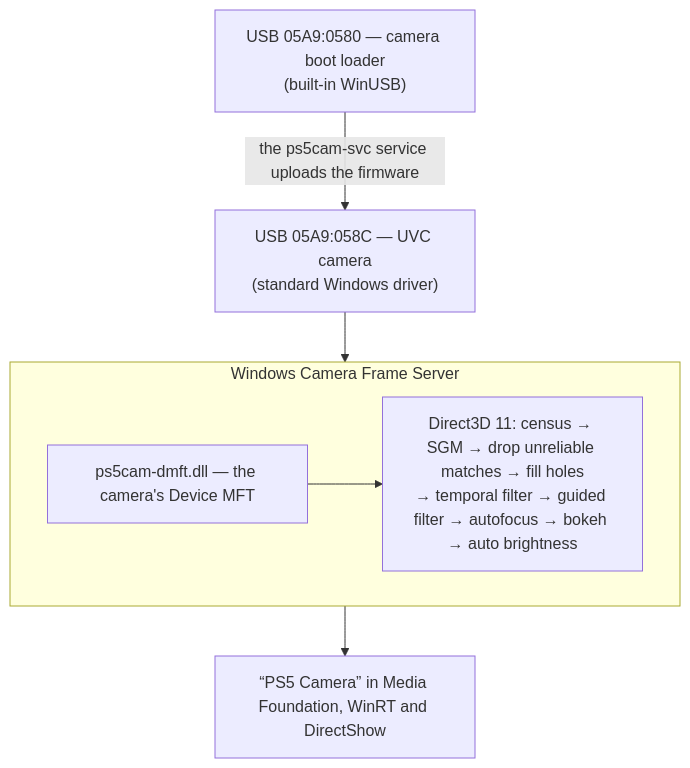
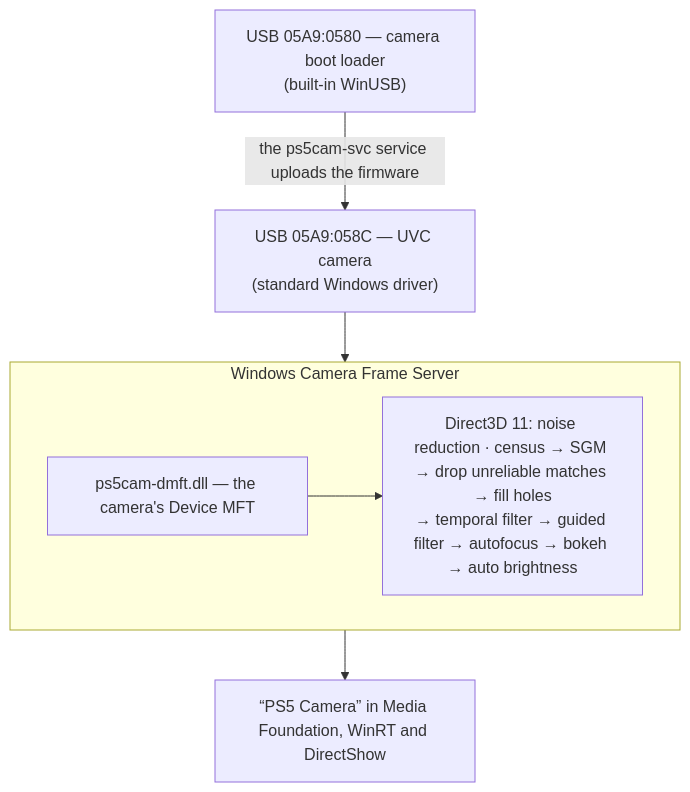
Before and after one commit to KROU4/PS5CameraDriver: the diagram in README.md, drawn with Mermaid. The commit also changed other lines of this file and 46 other files, not shown here.

````diff
--- a/README.md
+++ b/README.md
@@ -73,11 +76,11 @@
 ```mermaid
 flowchart TB
     boot["USB 05A9:0580 — camera boot loader<br/>(built-in WinUSB)"] -->|"the ps5cam-svc service uploads the firmware"| uvc
     uvc["USB 05A9:058C — UVC camera<br/>(standard Windows driver)"] --> fs
     subgraph fs["Windows Camera Frame Server"]
         dmft["ps5cam-dmft.dll — the camera's Device MFT"]
-        gpu["Direct3D 11: census → SGM → drop unreliable matches → fill holes<br/>→ temporal filter → guided filter → autofocus → bokeh → auto brightness"]
+        gpu["Direct3D 11: noise reduction · census → SGM → drop unreliable matches → fill holes<br/>→ temporal filter → guided filter → autofocus → bokeh → auto brightness"]
         dmft --> gpu
     end
     fs --> apps["“PS5 Camera” in Media Foundation, WinRT and DirectShow"]
 ```
````
